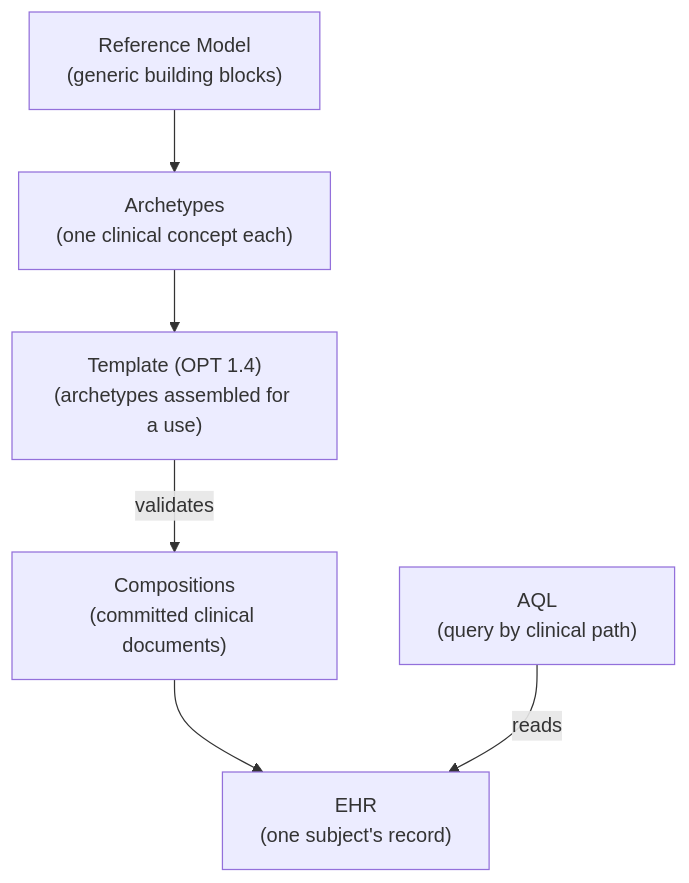
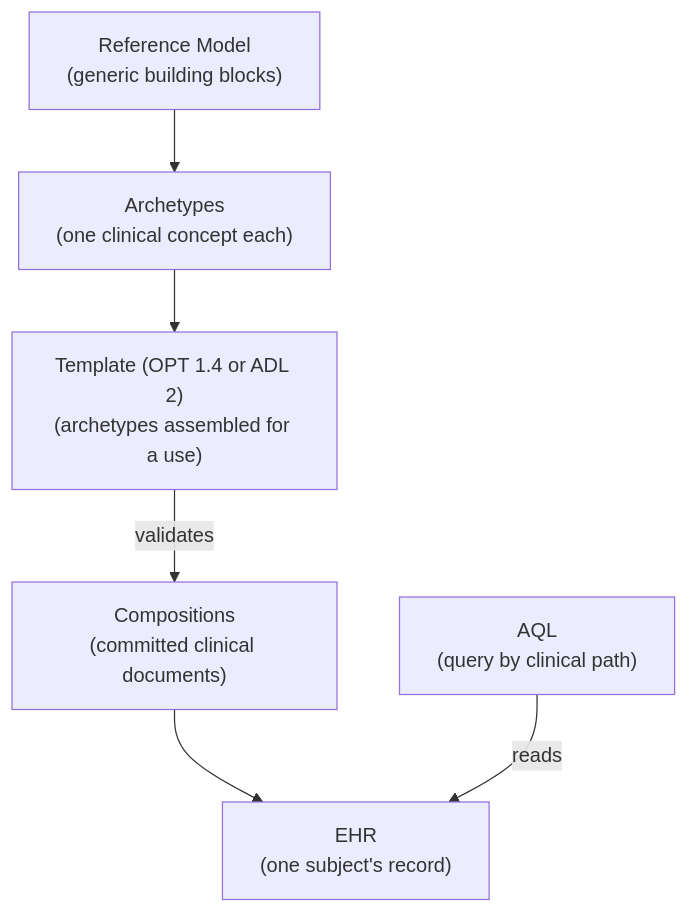
One commit to rubentalstra/FerroEHR changed the diagram in website/book/src/concepts/openehr-primer.md. Above: the diagram before and after it, drawn with Mermaid. The commit also changed other lines of this file and 17 other files, not shown here.

````diff
--- a/website/book/src/concepts/openehr-primer.md
+++ b/website/book/src/concepts/openehr-primer.md
@@ -109,14 +113,14 @@
 ```mermaid
 flowchart TB
     rm["Reference Model<br/>(generic building blocks)"]
     arch["Archetypes<br/>(one clinical concept each)"]
-    tmpl["Template (OPT 1.4)<br/>(archetypes assembled for a use)"]
+    tmpl["Template (OPT 1.4 or ADL 2)<br/>(archetypes assembled for a use)"]
     comp["Compositions<br/>(committed clinical documents)"]
     ehr["EHR<br/>(one subject's record)"]
     aql["AQL<br/>(query by clinical path)"]
 
     rm --> arch --> tmpl
     tmpl -->|validates| comp
     comp --> ehr
     aql -->|reads| ehr
 ```
````
